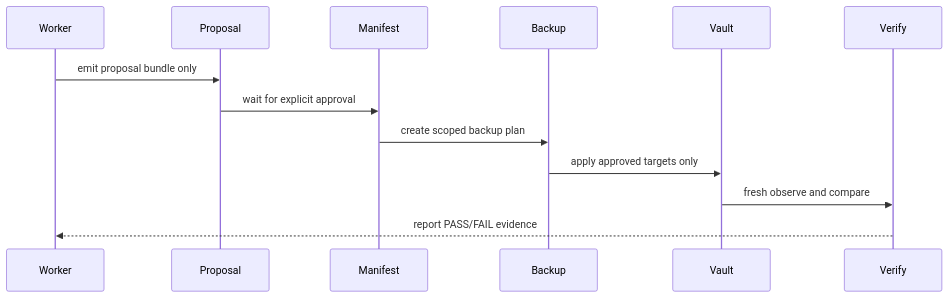
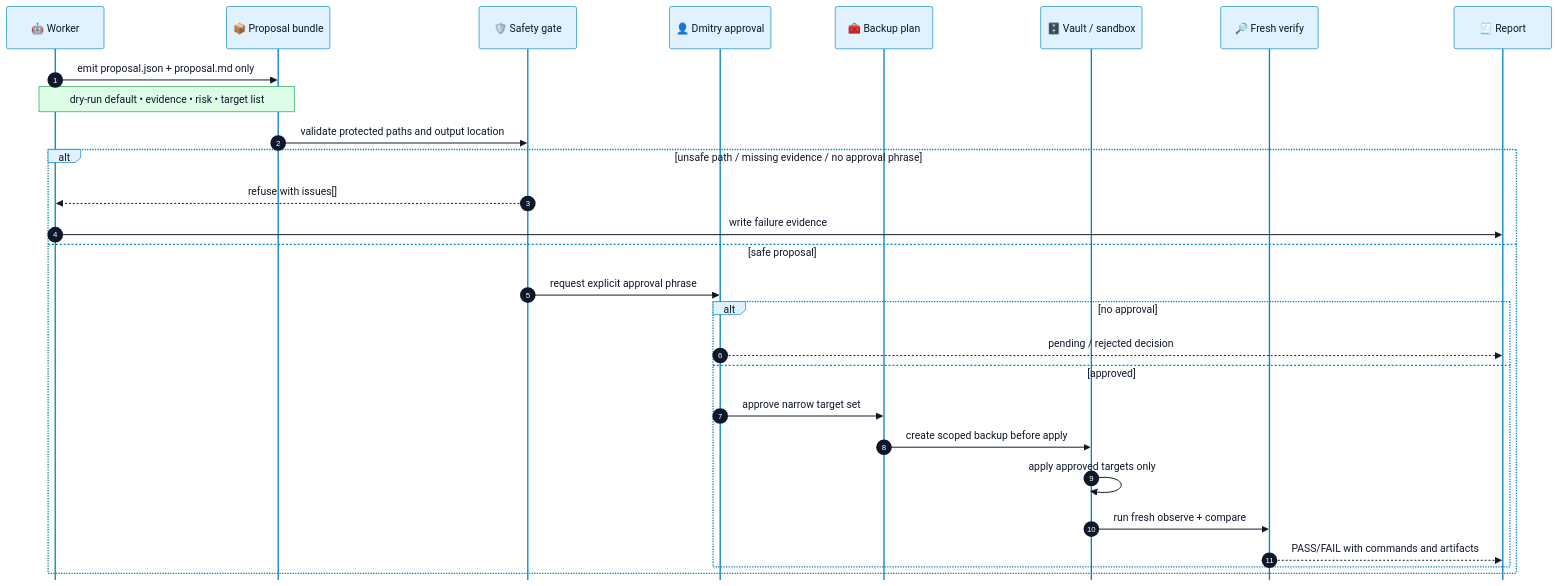
The diagram in docs/diagrams/safety-sequence.mmd (Lyti4/obsidian-operating-layer), drawn with Mermaid before and after one commit. The commit also changed 4 other files, not shown here.

Commit message:
Add spec-kit test plan and polished diagrams

```diff
--- a/docs/diagrams/safety-sequence.mmd
+++ b/docs/diagrams/safety-sequence.mmd
@@ -1,14 +1,30 @@
+%%{init: {"theme": "base", "themeVariables": {"fontFamily": "Inter, ui-sans-serif, system-ui", "background": "#0B1020", "primaryColor": "#E0F2FE", "primaryBorderColor": "#38BDF8", "primaryTextColor": "#0F172A", "actorBkg": "#E0F2FE", "actorBorder": "#0284C7", "actorTextColor": "#0F172A", "activationBkgColor": "#FEF3C7", "activationBorderColor": "#D97706", "sequenceNumberColor": "#FFFFFF", "lineColor": "#94A3B8", "noteBkgColor": "#DCFCE7", "noteTextColor": "#0F172A", "noteBorderColor": "#16A34A"}, "sequence": {"showSequenceNumbers": true, "mirrorActors": false}}}%%
 sequenceDiagram
-  participant Worker
-  participant Proposal
-  participant Manifest
-  participant Backup
-  participant Vault
-  participant Verify
+  autonumber
+  participant Worker as 🤖 Worker
+  participant Proposal as 📦 Proposal bundle
+  participant Safety as 🛡️ Safety gate
+  participant Human as 👤 Dmitry approval
+  participant Backup as 🧰 Backup plan
+  participant Vault as 🗄️ Vault / sandbox
+  participant Verify as 🔎 Fresh verify
+  participant Report as 🧾 Report
 
-  Worker->>Proposal: emit proposal bundle only
-  Proposal->>Manifest: wait for explicit approval
-  Manifest->>Backup: create scoped backup plan
-  Backup->>Vault: apply approved targets only
-  Vault->>Verify: fresh observe and compare
-  Verify-->>Worker: report PASS/FAIL evidence
+  Worker->>Proposal: emit proposal.json + proposal.md only
+  Note over Worker,Proposal: dry-run default • evidence • risk • target list
+  Proposal->>Safety: validate protected paths and output location
+  alt unsafe path / missing evidence / no approval phrase
+    Safety-->>Worker: refuse with issues[]
+    Worker->>Report: write failure evidence
+  else safe proposal
+    Safety->>Human: request explicit approval phrase
+    alt no approval
+      Human-->>Report: pending / rejected decision
+    else approved
+      Human->>Backup: approve narrow target set
+      Backup->>Vault: create scoped backup before apply
+      Vault->>Vault: apply approved targets only
+      Vault->>Verify: run fresh observe + compare
+      Verify-->>Report: PASS/FAIL with commands and artifacts
+    end
+  end
```
